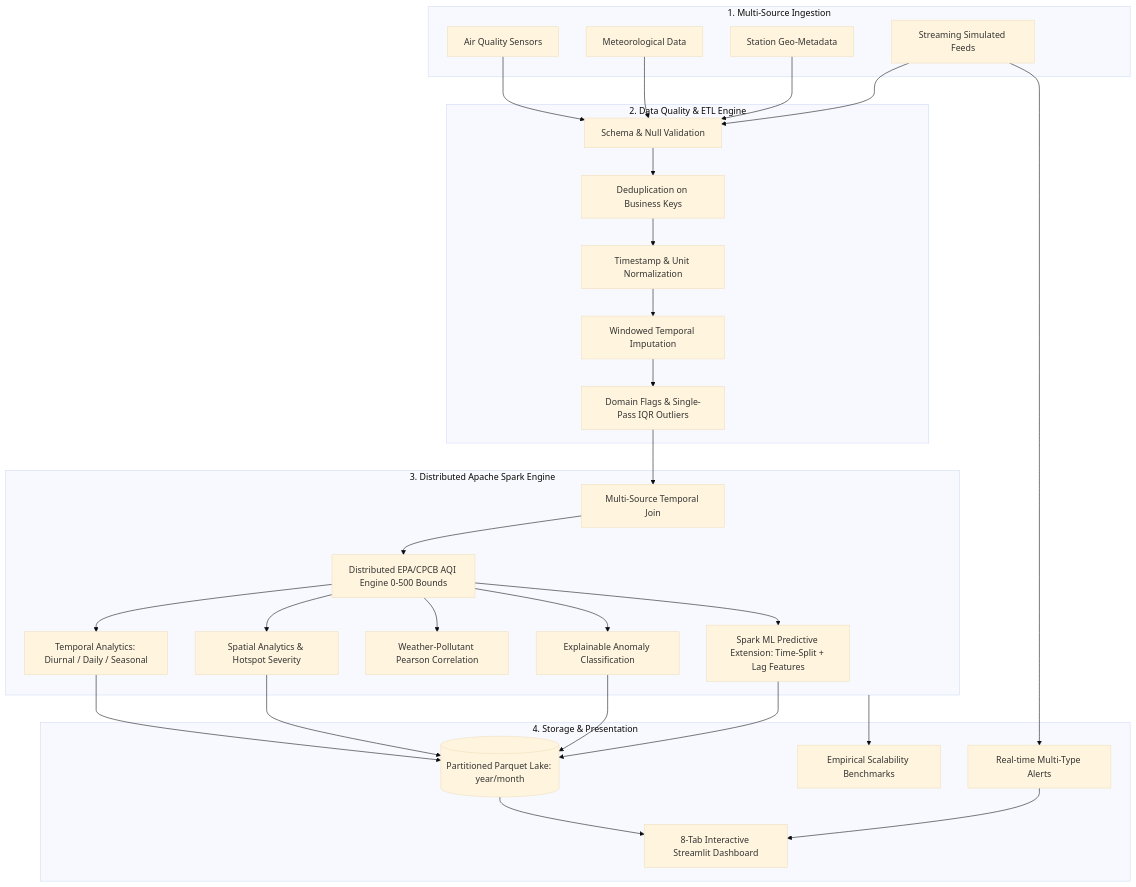
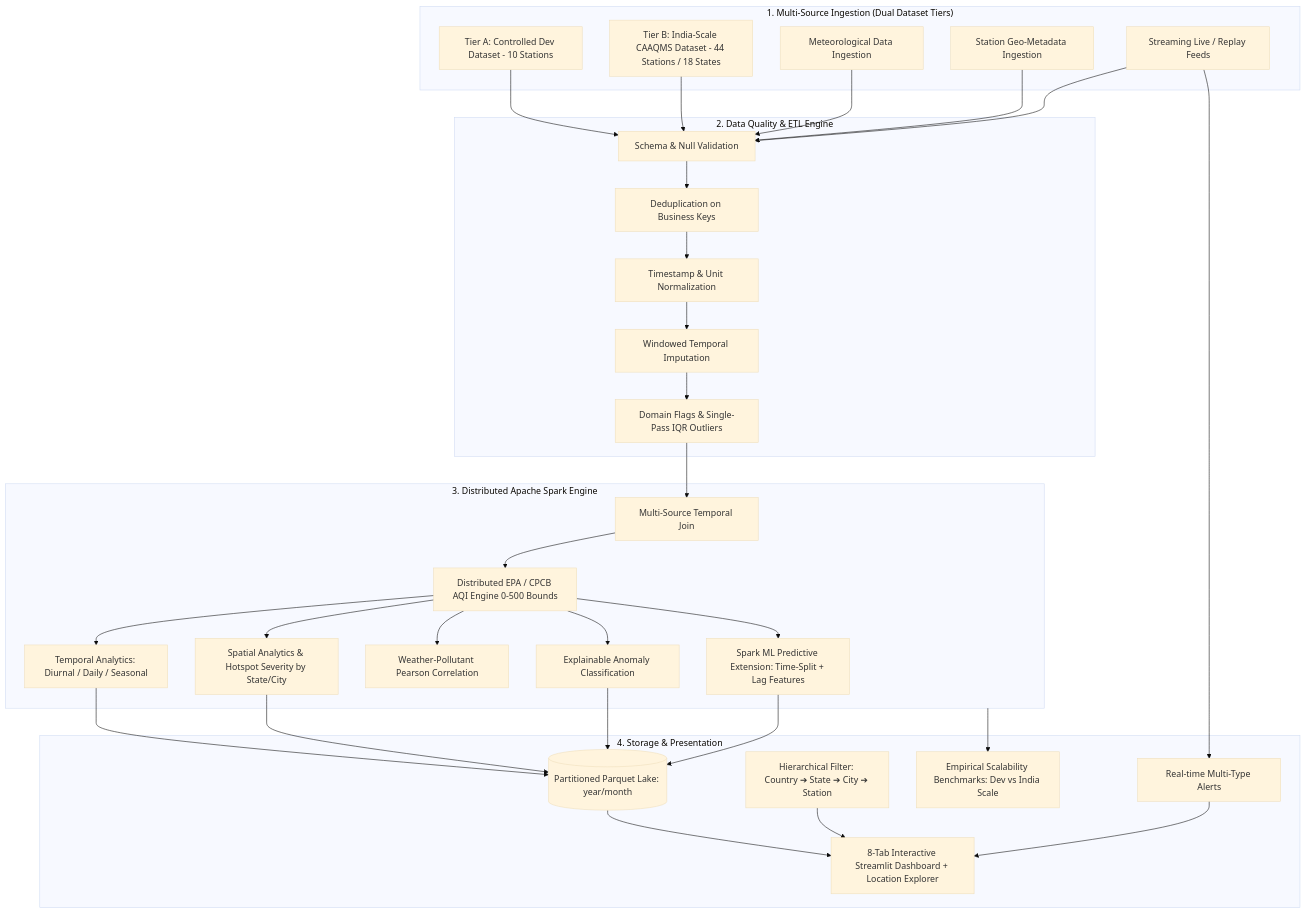
The diagram in README.md (deioncolaco28/AirSpark), drawn with Mermaid (base theme) before and after one commit. The commit also changed other lines of this file and 29 other files, not shown here.

Commit message:
Add India-scale location-aware analytics

````diff
--- a/README.md
+++ b/README.md
@@ -32,51 +33,55 @@
 ```mermaid
 flowchart TD
-    subgraph S["1. Multi-Source Ingestion"]
-        AQ[Air Quality Sensors]
-        WT[Meteorological Data]
-        MD[Station Geo-Metadata]
-        STR[Streaming Simulated Feeds]
+    subgraph S["1. Multi-Source Ingestion (Dual Dataset Tiers)"]
+        D1[Tier A: Controlled Dev Dataset - 10 Stations]
+        D2[Tier B: India-Scale CAAQMS Dataset - 44 Stations / 18 States]
+        WT[Meteorological Data Ingestion]
+        MD[Station Geo-Metadata Ingestion]
+        STR[Streaming Live / Replay Feeds]
     end
 
     subgraph Q["2. Data Quality & ETL Engine"]
         VAL[Schema & Null Validation]
         DED[Deduplication on Business Keys]
         NORM[Timestamp & Unit Normalization]
         IMP[Windowed Temporal Imputation]
         OUT[Domain Flags & Single-Pass IQR Outliers]
     end
 
     subgraph P["3. Distributed Apache Spark Engine"]
         JOIN[Multi-Source Temporal Join]
-        AQI[Distributed EPA/CPCB AQI Engine 0-500 Bounds]
+        AQI[Distributed EPA / CPCB AQI Engine 0-500 Bounds]
         TEMP[Temporal Analytics: Diurnal / Daily / Seasonal]
-        SPAT[Spatial Analytics & Hotspot Severity]
+        SPAT[Spatial Analytics & Hotspot Severity by State/City]
         CORR[Weather-Pollutant Pearson Correlation]
         ANOM[Explainable Anomaly Classification]
         ML[Spark ML Predictive Extension: Time-Split + Lag Features]
     end
 
     subgraph O["4. Storage & Presentation"]
         PARQ[(Partitioned Parquet Lake: year/month)]
-        DASH[8-Tab Interactive Streamlit Dashboard]
+        DASH[8-Tab Interactive Streamlit Dashboard + Location Explorer]
+        LOC[Hierarchical Filter: Country ➔ State ➔ City ➔ Station]
         ALRT[Real-time Multi-Type Alerts]
-        BENCH[Empirical Scalability Benchmarks]
+        BENCH[Empirical Scalability Benchmarks: Dev vs India Scale]
     end
 
-    AQ --> VAL
+    D1 --> VAL
+    D2 --> VAL
     WT --> VAL
     MD --> VAL
     STR --> VAL
 
     VAL --> DED --> NORM --> IMP --> OUT
     OUT --> JOIN --> AQI
     AQI --> TEMP --> PARQ
     AQI --> SPAT --> PARQ
     AQI --> CORR
     AQI --> ANOM --> PARQ
     AQI --> ML --> PARQ
 
     PARQ --> DASH
+    LOC --> DASH
     STR --> ALRT --> DASH
     P --> BENCH
 ```
````
